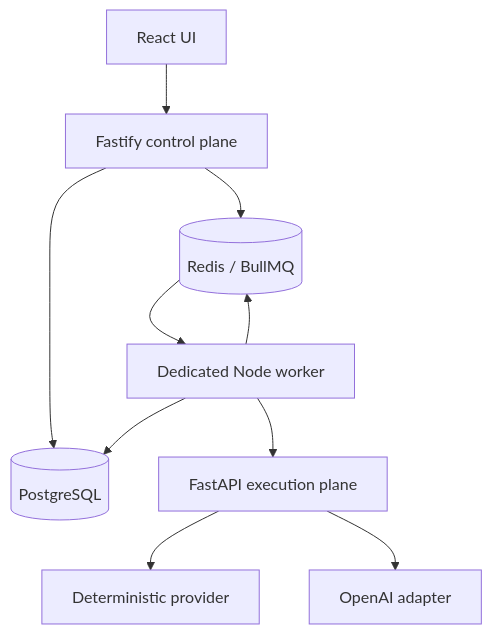
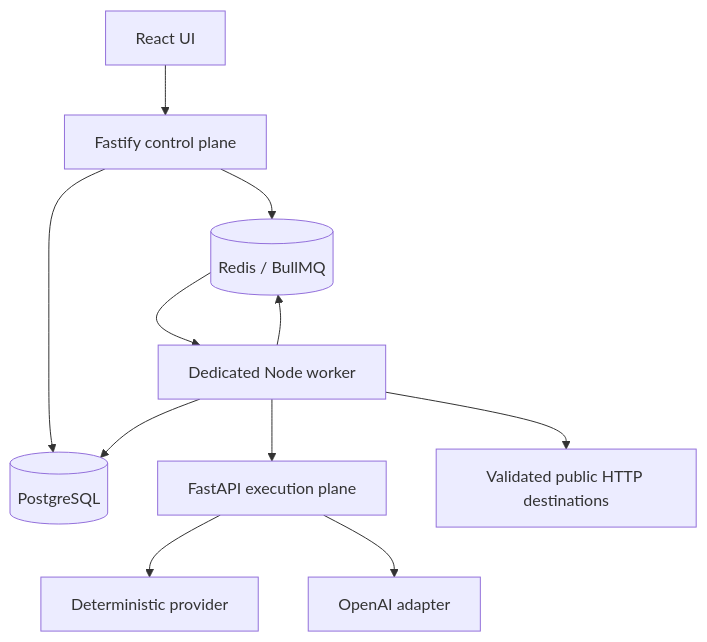
Before and after one commit to hafiz475/agentops-ai-workflow-platform: the diagram in ARCHITECTURE.md, drawn with Mermaid. The commit also changed other lines of this file and 28 other files, not shown here.

Commit message:
feat: add branching conditions and safe HTTP tools

````diff
--- a/ARCHITECTURE.md
+++ b/ARCHITECTURE.md
@@ -5,12 +5,13 @@
 ```mermaid
 flowchart TB
   Web[React UI] --> API[Fastify control plane]
   API --> Store[(PostgreSQL)]
   API --> Redis[(Redis / BullMQ)]
   Redis --> Worker[Dedicated Node worker]
   Worker --> Store
   Worker --> Python[FastAPI execution plane]
   Worker --> Redis
+  Worker --> SafeHTTP[Validated public HTTP destinations]
   Python --> Dev[Deterministic provider]
   Python --> OA[OpenAI adapter]
 ```
````
